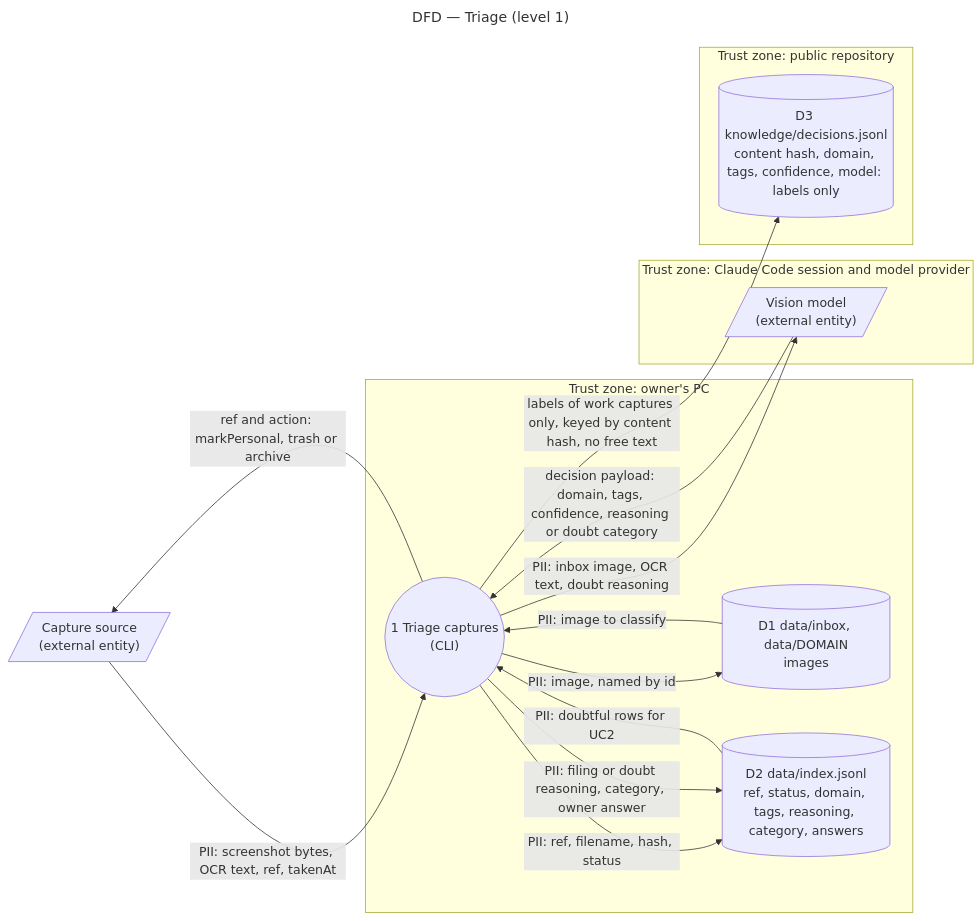
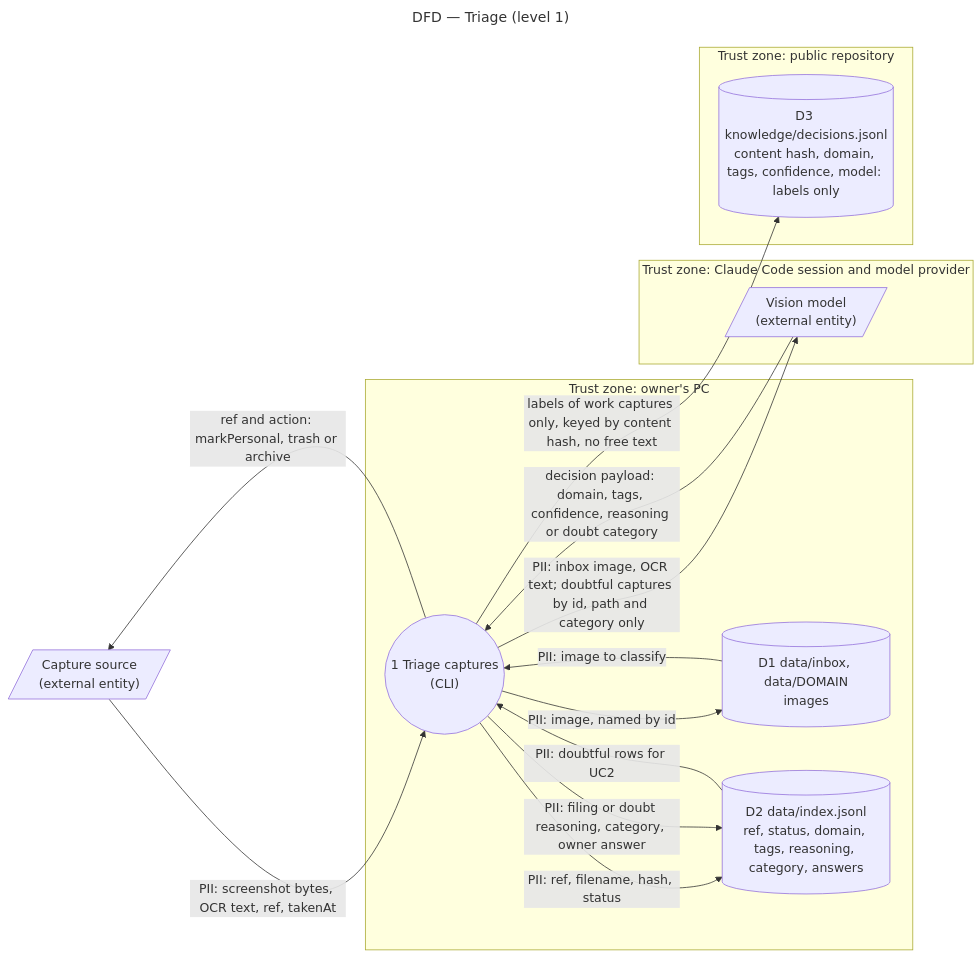
Before and after one commit to benoit-bremaud/screenshot-triage: the diagram in docs/architecture/diagrams/triage/06-data-flow.md, drawn with Mermaid. The commit also changed other lines of this file and 6 other files, not shown here.

First line of the commit message:
fix(status): keep ocrText and reasoning of doubtful captures out of status (#28)

````diff
--- a/docs/architecture/diagrams/triage/06-data-flow.md
+++ b/docs/architecture/diagrams/triage/06-data-flow.md
@@ -13,28 +13,28 @@
 ```mermaid
 ---
 title: DFD — Triage (level 1)
 ---
 flowchart LR
   Source[/"Capture source<br/>(external entity)"/]
   subgraph PC ["Trust zone: owner's PC"]
     P1(("1 Triage captures<br/>(CLI)"))
     Inbox[("D1 data/inbox, data/DOMAIN<br/>images")]
     Index[("D2 data/index.jsonl<br/>ref, status, domain, tags, reasoning, category, answers")]
   end
   subgraph Provider ["Trust zone: Claude Code session and model provider"]
     Session[/"Vision model<br/>(external entity)"/]
   end
   subgraph Git ["Trust zone: public repository"]
     Log[("D3 knowledge/decisions.jsonl<br/>content hash, domain, tags, confidence, model: labels only")]
   end
   Source -->|"PII: screenshot bytes, OCR text, ref, takenAt"| P1
   P1 -->|"PII: image, named by id"| Inbox
   Inbox -->|"PII: image to classify"| P1
   Index -->|"PII: doubtful rows for UC2"| P1
   P1 -->|"PII: ref, filename, hash, status"| Index
-  P1 -->|"PII: inbox image, OCR text, doubt reasoning"| Session
+  P1 -->|"PII: inbox image, OCR text; doubtful captures by id, path and category only"| Session
   Session -->|"decision payload: domain, tags, confidence, reasoning or doubt category"| P1
   P1 -->|"PII: filing or doubt reasoning, category, owner answer"| Index
   P1 -->|"labels of work captures only, keyed by content hash, no free text"| Log
   P1 -->|"ref and action: markPersonal, trash or archive"| Source
 ```
````
